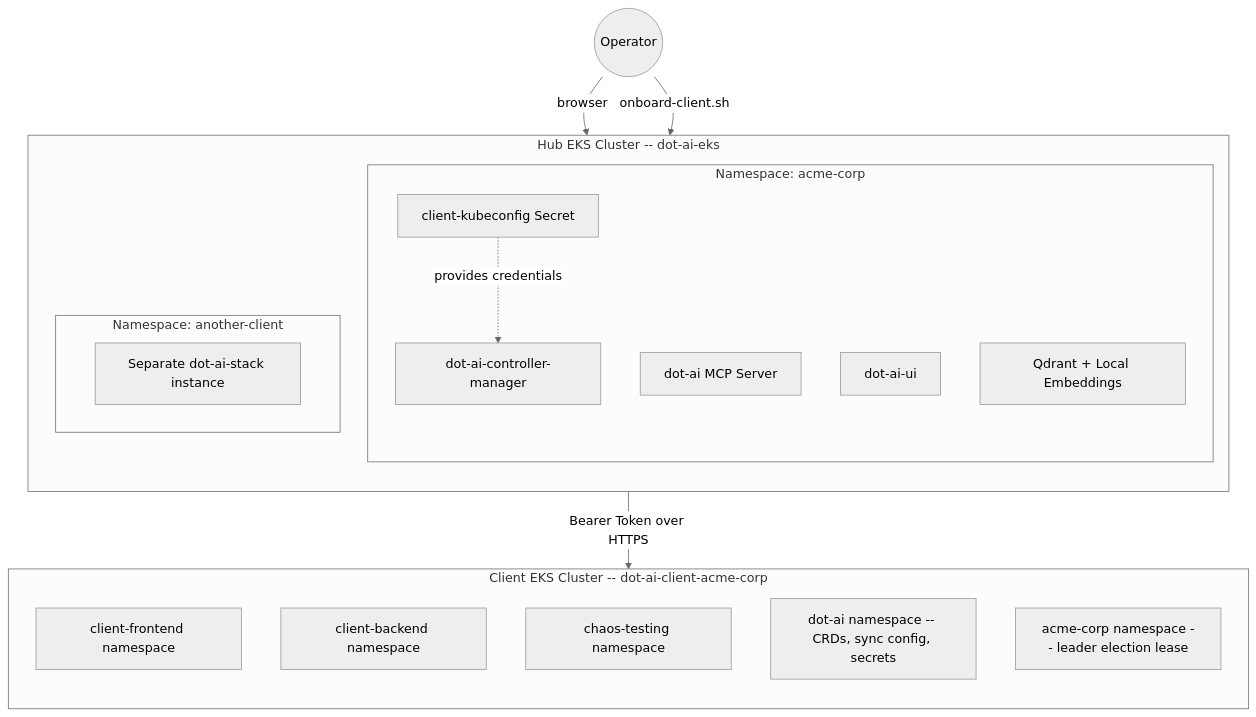
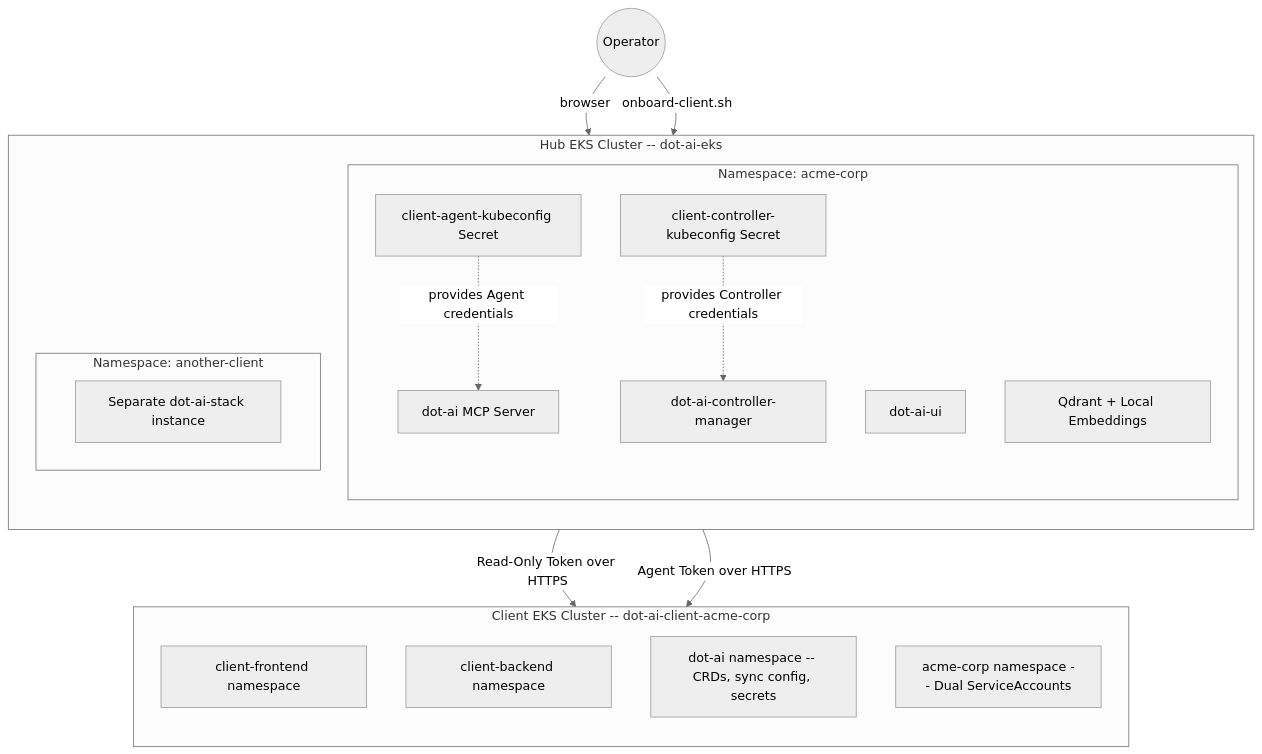
The diagram in README.md (AbhishekX2004/Dot-AI-automation), drawn with Mermaid (neutral theme) before and after one commit. The commit also changed other lines of this file and 10 other files, not shown here.

````diff
--- a/README.md
+++ b/README.md
@@ -27,31 +28,33 @@
 ```mermaid
 graph TB
     subgraph hub["Hub EKS Cluster -- dot-ai-eks"]
         direction TB
         subgraph ns1["Namespace: acme-corp"]
             mcp["dot-ai MCP Server"]
             ctrl["dot-ai-controller-manager"]
             ui["dot-ai-ui"]
             qdrant["Qdrant + Local Embeddings"]
-            secret["client-kubeconfig Secret"]
+            secret1["client-agent-kubeconfig Secret"]
+            secret2["client-controller-kubeconfig Secret"]
         end
         subgraph ns2["Namespace: another-client"]
             stack2["Separate dot-ai-stack instance"]
         end
     end
 
     subgraph client["Client EKS Cluster -- dot-ai-client-acme-corp"]
         direction TB
         fe["client-frontend namespace"]
         be["client-backend namespace"]
-        chaos["chaos-testing namespace"]
         dotai["dot-ai namespace -- CRDs, sync config, secrets"]
-        le["acme-corp namespace -- leader election lease"]
+        dotaihub["acme-corp namespace -- Dual ServiceAccounts"]
     end
 
-    ctrl -- "Bearer Token over HTTPS" --> client
-    secret -. "provides credentials" .-> ctrl
+    ctrl -- "Read-Only Token over HTTPS" --> client
+    mcp -- "Agent Token over HTTPS" --> client
+    secret1 -. "provides Agent credentials" .-> mcp
+    secret2 -. "provides Controller credentials" .-> ctrl
 
     user(("Operator")) -- "browser" --> ui
     user -- "onboard-client.sh" --> hub
 ```
````
